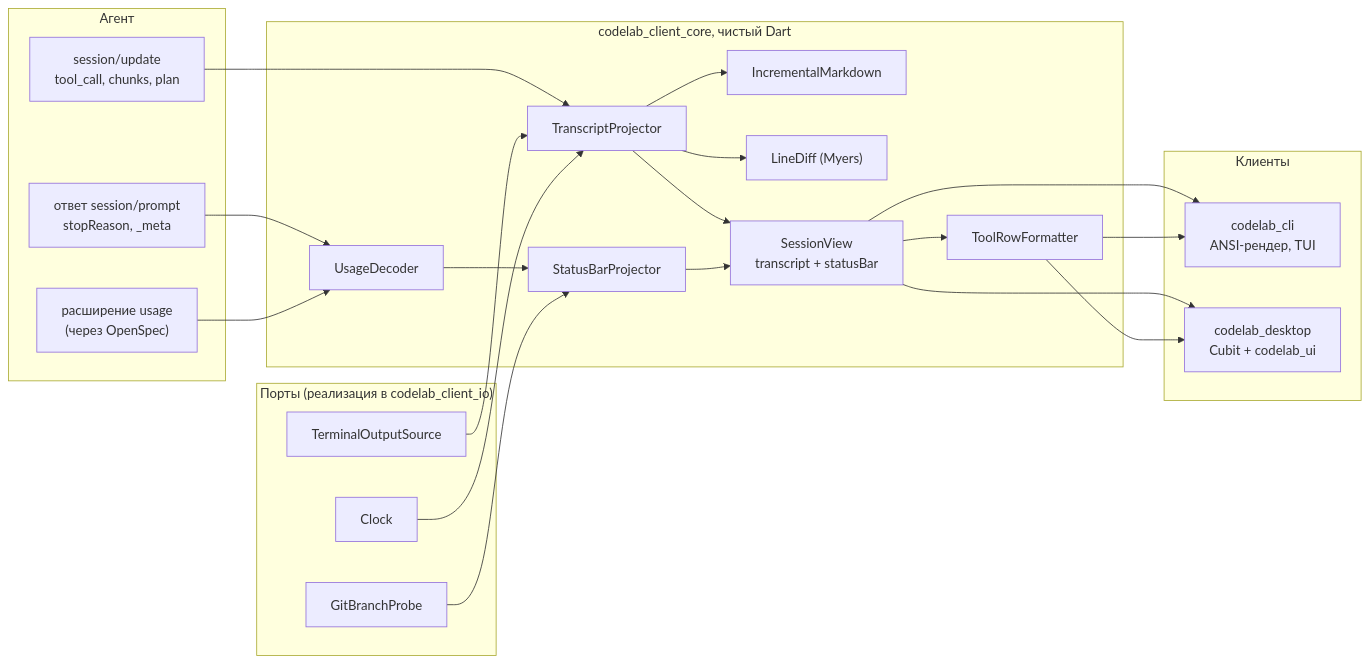
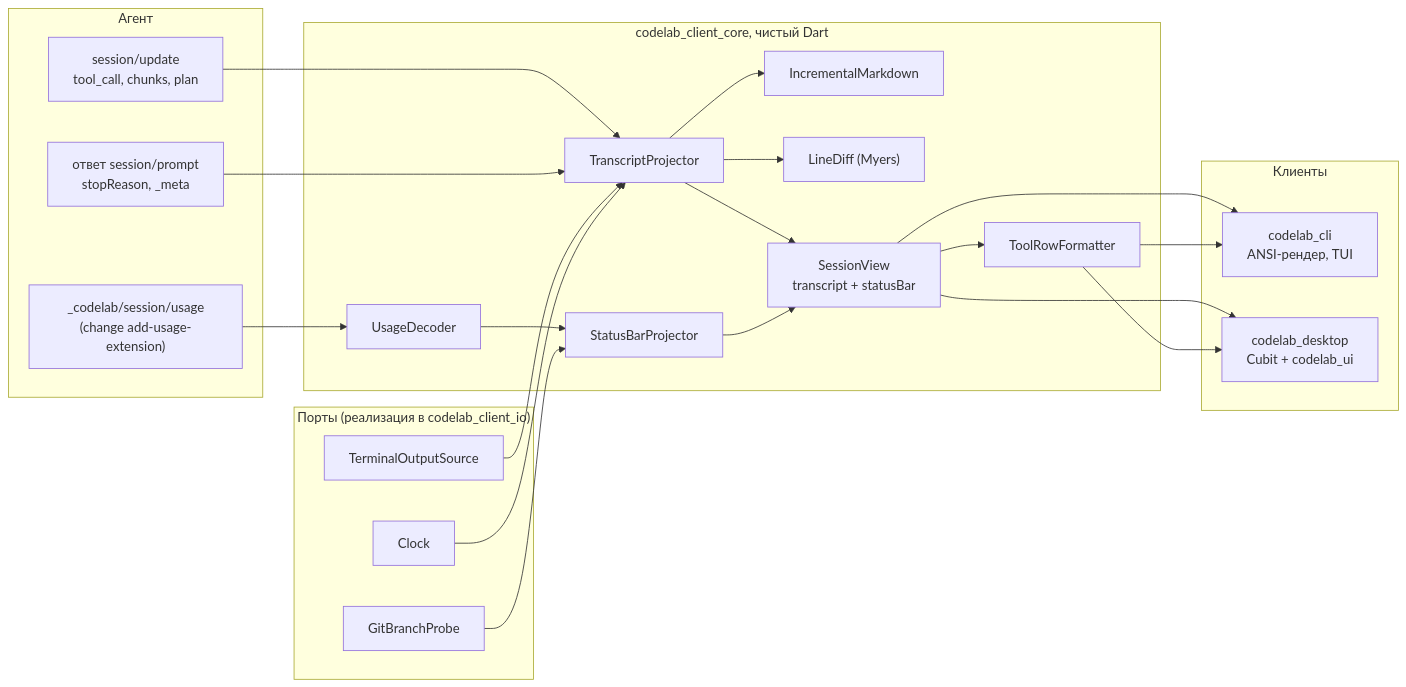
Before and after one commit to pese-git/codelab-app: the diagram in docs/architecture/proposals/dart-agent-and-clients/12-1-view-model.md, drawn with Mermaid. The commit also changed other lines of this file and 22 other files, not shown here.

Commit message:
docs: change add-usage-extension — расширение ACP _codelab/session/usage по правилам 15-Extensibility, решения Q1–Q9 и D1–D17, итерация 0

````diff
--- a/docs/architecture/proposals/dart-agent-and-clients/12-1-view-model.md
+++ b/docs/architecture/proposals/dart-agent-and-clients/12-1-view-model.md
@@ -29,42 +29,42 @@
 ```mermaid
 flowchart LR
     subgraph Agent["Агент"]
         SU["session/update<br/>tool_call, chunks, plan"]
         PR["ответ session/prompt<br/>stopReason, _meta"]
-        UX["расширение usage<br/>(через OpenSpec)"]
+        UX["_codelab/session/usage<br/>(change add-usage-extension)"]
     end
     subgraph Kit["codelab_client_core, чистый Dart"]
         TP["TranscriptProjector"]
         MD["IncrementalMarkdown"]
         DF["LineDiff (Myers)"]
         UD["UsageDecoder"]
         SB["StatusBarProjector"]
         TR["ToolRowFormatter"]
         SV["SessionView<br/>transcript + statusBar"]
     end
     subgraph Ports["Порты (реализация в codelab_client_io)"]
         GB["GitBranchProbe"]
         TO["TerminalOutputSource"]
         CL["Clock"]
     end
     subgraph Clients["Клиенты"]
         CLI["codelab_cli<br/>ANSI-рендер, TUI"]
         APP["codelab_desktop<br/>Cubit + codelab_ui"]
     end
     SU --> TP
-    PR --> UD
+    PR --> TP
     UX --> UD
     TP --> MD
     TP --> DF
     TP --> SV
     UD --> SB
     GB --> SB
     TO --> TP
     CL --> TP
     SB --> SV
     SV --> TR
     SV --> CLI
     TR --> CLI
     SV --> APP
     TR --> APP
 ```
````
